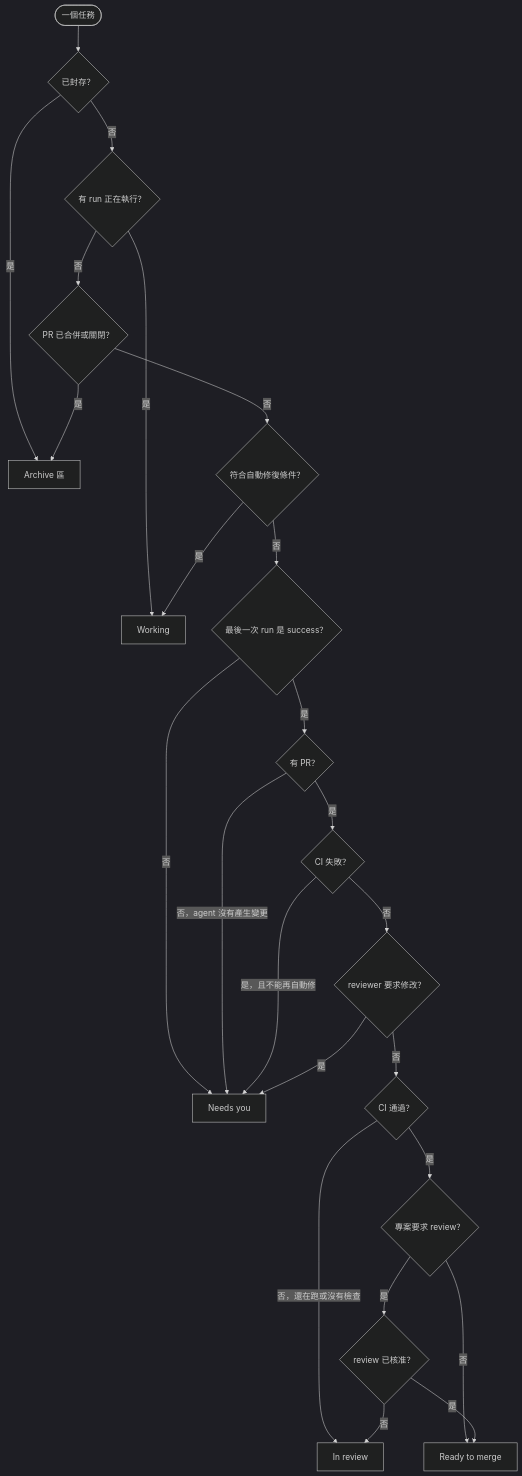
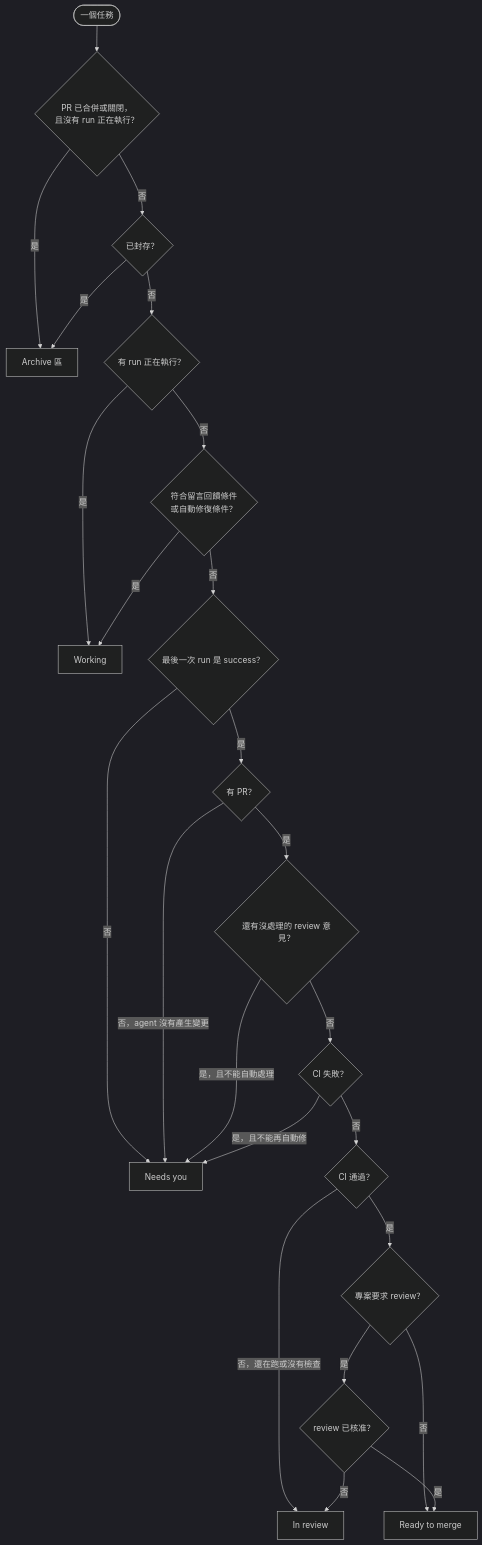
The seventh of 18 diagrams in docs/06-diagrams.md (ppoozine/agent-supervisor), drawn with Mermaid (dark theme) before and after one commit. The commit also changed other lines of this file and 5 other files, not shown here.

````diff
--- a/docs/06-diagrams.md
+++ b/docs/06-diagrams.md
@@ -269,26 +273,26 @@
 ```mermaid
 flowchart TD
-    start(["一個任務"]) --> q0{"已封存？"}
+    start(["一個任務"]) --> q0{"PR 已合併或關閉，<br/>且沒有 run 正在執行？"}
     q0 -->|"是"| archive["Archive 區"]
-    q0 -->|"否"| q1{"有 run 正在執行？"}
-    q1 -->|"是"| working["Working"]
-    q1 -->|"否"| q2{"PR 已合併或關閉？"}
-    q2 -->|"是"| archive
-    q2 -->|"否"| q3{"符合自動修復條件？"}
+    q0 -->|"否"| q1{"已封存？"}
+    q1 -->|"是"| archive
+    q1 -->|"否"| q2{"有 run 正在執行？"}
+    q2 -->|"是"| working["Working"]
+    q2 -->|"否"| q3{"符合留言回饋條件<br/>或自動修復條件？"}
     q3 -->|"是"| working
     q3 -->|"否"| q4{"最後一次 run 是 success？"}
     q4 -->|"否"| needs["Needs you"]
     q4 -->|"是"| q5{"有 PR？"}
     q5 -->|"否，agent 沒有產生變更"| needs
-    q5 -->|"是"| q6{"CI 失敗？"}
-    q6 -->|"是，且不能再自動修"| needs
-    q6 -->|"否"| q7{"reviewer 要求修改？"}
-    q7 -->|"是"| needs
+    q5 -->|"是"| q6{"還有沒處理的 review 意見？"}
+    q6 -->|"是，且不能自動處理"| needs
+    q6 -->|"否"| q7{"CI 失敗？"}
+    q7 -->|"是，且不能再自動修"| needs
     q7 -->|"否"| q8{"CI 通過？"}
     q8 -->|"否，還在跑或沒有檢查"| review["In review"]
     q8 -->|"是"| q9{"專案要求 review？"}
     q9 -->|"否"| ready["Ready to merge"]
     q9 -->|"是"| q10{"review 已核准？"}
     q10 -->|"是"| ready
     q10 -->|"否"| review
 ```
````
